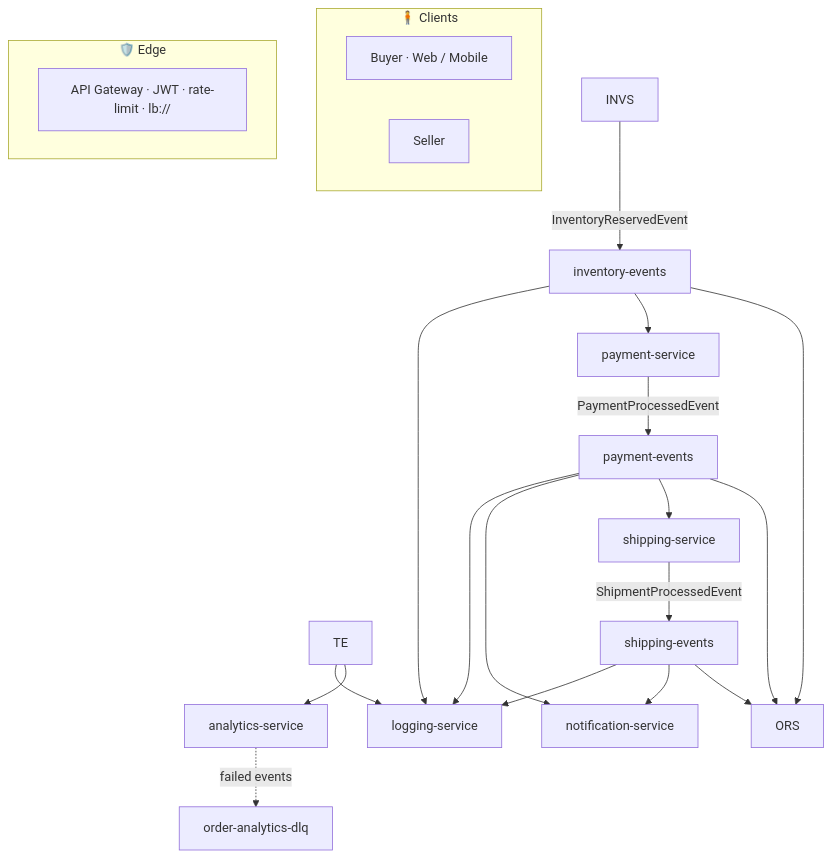
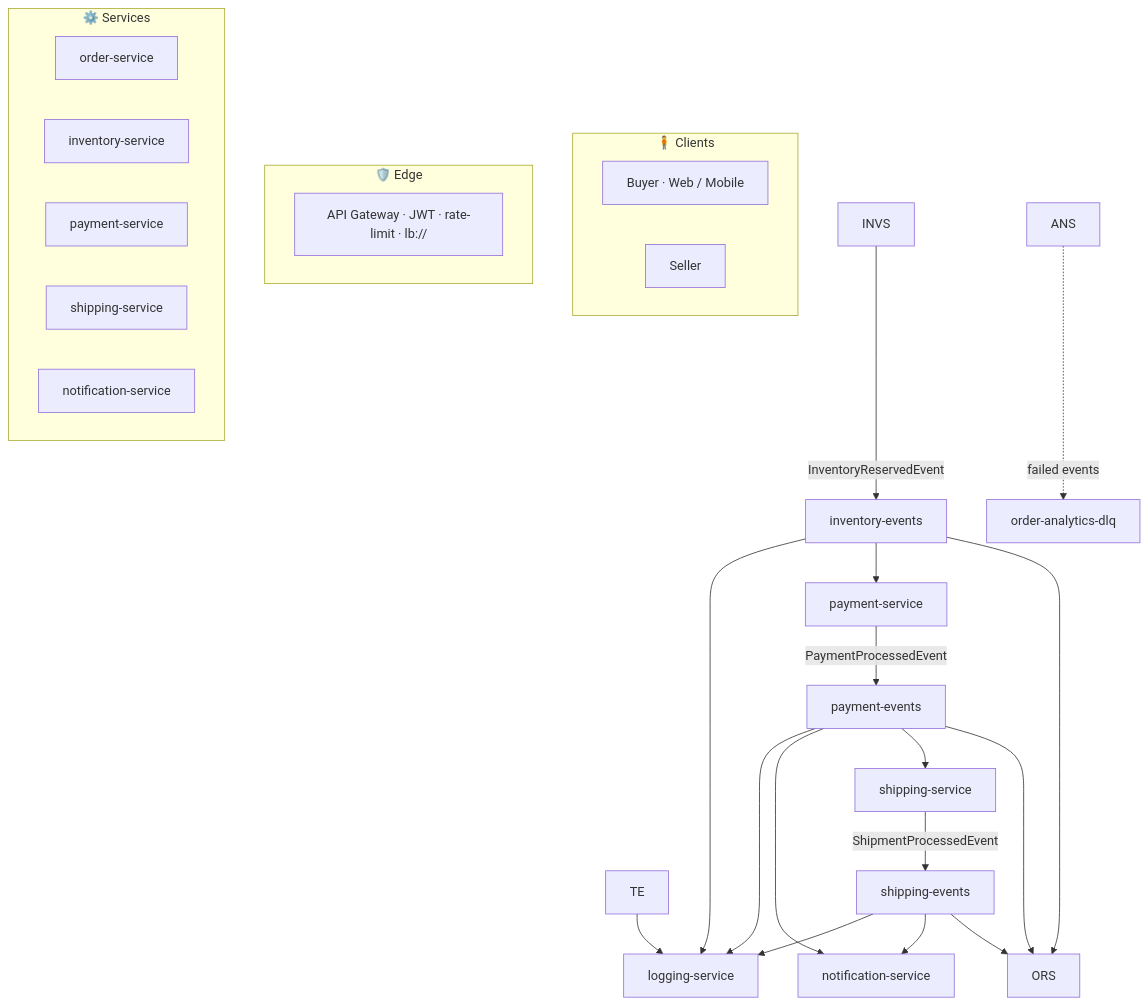
The second of 3 diagrams in README.md (zexxitywave/EventDrivenMesh), drawn with Mermaid before and after one commit.

Commit message:
docs(readme): add Services subgraph with saga participants

````diff
--- a/README.md
+++ b/README.md
@@ -209,32 +209,39 @@
 ```mermaid
 flowchart TB
 
     subgraph CLIENTS["🧍 Clients"]
         BUYER["Buyer · Web / Mobile"]
         SELLER["Seller"]
     end
 
     subgraph EDGE["🛡️ Edge"]
         GW["API Gateway · JWT · rate-limit · lb://"]
     end
-    TE --> ANS[analytics-service]
+
+    subgraph SVC["⚙️ Services"]
+        ORD["order-service"]
+        INV["inventory-service"]
+        PAY["payment-service"]
+        SHP["shipping-service"]
+        NOT["notification-service"]
+    end
     TE --> LGS[logging-service]
 
     INVS -->|InventoryReservedEvent| IE[inventory-events]
     IE --> ORS
     IE --> PYS[payment-service]
     IE --> LGS
 
     PYS -->|PaymentProcessedEvent| PE[payment-events]
     PE --> ORS
     PE --> SHS[shipping-service]
     PE --> NTS[notification-service]
     PE --> LGS
 
     SHS -->|ShipmentProcessedEvent| SE[shipping-events]
     SE --> ORS
     SE --> NTS
     SE --> LGS
 
     ANS -.failed events.-> DLQ[order-analytics-dlq]
 ```
````
